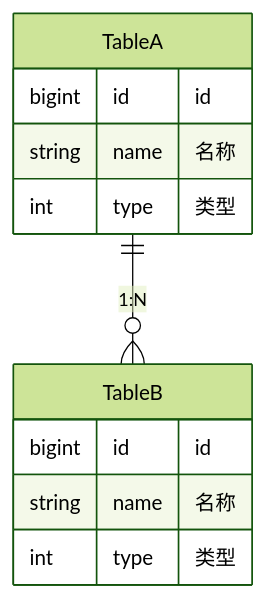
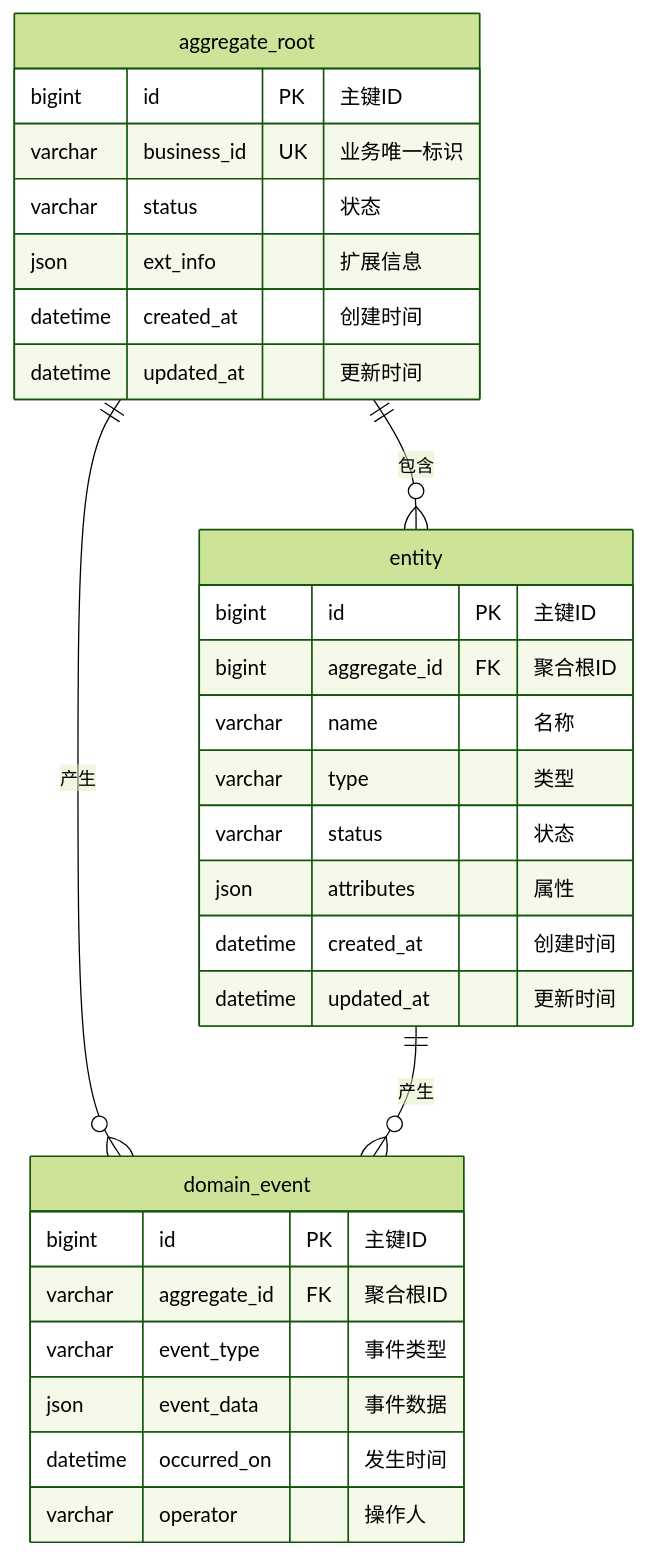
One commit to oleewen/ai-master changed the seventh of 7 diagrams in .claude/rules/design/design-template.md. Above: the diagram before and after it, drawn with Mermaid (forest theme). The commit also changed other lines of this file and 1 other file, not shown here.

````diff
--- a/.claude/rules/design/design-template.md
+++ b/.claude/rules/design/design-template.md
@@ -160,16 +233,35 @@
 ```mermaid
 erDiagram
-    TableA ||--o{ TableB : "1:N"
-
-    TableA {
-        bigint id "id"
-        string name "名称"
-        int type "类型"    
+    aggregate_root {
+        bigint id PK "主键ID"
+        varchar business_id UK "业务唯一标识"
+        varchar status "状态"
+        json ext_info "扩展信息"
+        datetime created_at "创建时间"
+        datetime updated_at "更新时间"
     }
-
-    TableB {
-        bigint id "id"
-        string name "名称"
-        int type "类型"    
+    
+    entity {
+        bigint id PK "主键ID"
+        bigint aggregate_id FK "聚合根ID"
+        varchar name "名称"
+        varchar type "类型"
+        varchar status "状态"
+        json attributes "属性"
+        datetime created_at "创建时间"
+        datetime updated_at "更新时间"
     }
+    
+    domain_event {
+        bigint id PK "主键ID"
+        varchar aggregate_id FK "聚合根ID"
+        varchar event_type "事件类型"
+        json event_data "事件数据"
+        datetime occurred_on "发生时间"
+        varchar operator "操作人"
+    }
+    
+    aggregate_root ||--o{ entity : "包含"
+    aggregate_root ||--o{ domain_event : "产生"
+    entity ||--o{ domain_event : "产生"
 ```
````
